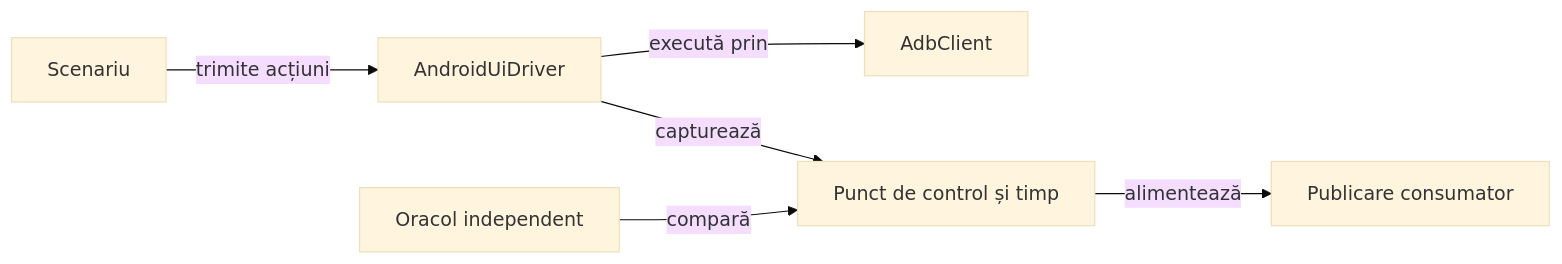
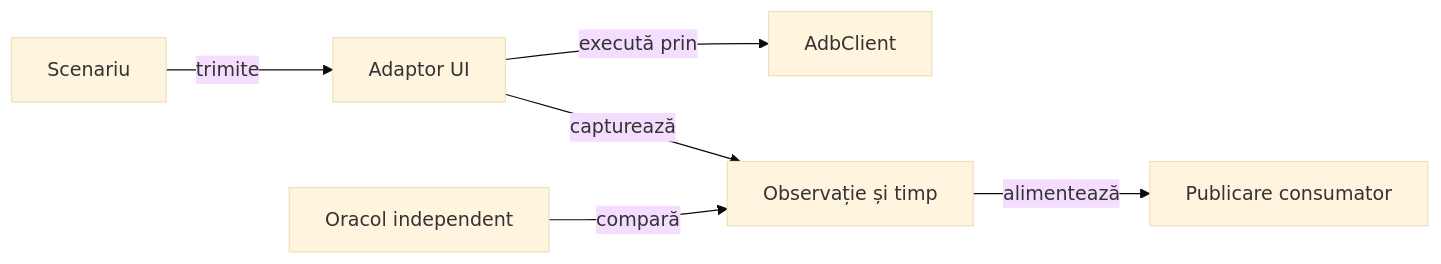
One commit to crististefanita/atf_j4 changed the diagram in atf-test-android/README.md. Above: the diagram before and after it, drawn with Mermaid (base theme). The commit also changed other lines of this file and 30 other files, not shown here.

````diff
--- a/atf-test-android/README.md
+++ b/atf-test-android/README.md
@@ -11,8 +11,8 @@
 ```mermaid
 flowchart LR
-    SCENARIO[Scenariu] -->|trimite acțiuni| DRIVER[AndroidUiDriver]
+    SCENARIO[Scenariu] -->|trimite| DRIVER[Adaptor UI]
     DRIVER -->|execută prin| ADB[AdbClient]
-    DRIVER -->|capturează| TRACE[Punct de control și timp]
+    DRIVER -->|capturează| TRACE[Observație și timp]
     ORACLE[Oracol independent] -->|compară| TRACE
     TRACE -->|alimentează| PUBLISH[Publicare consumator]
 ```
````
